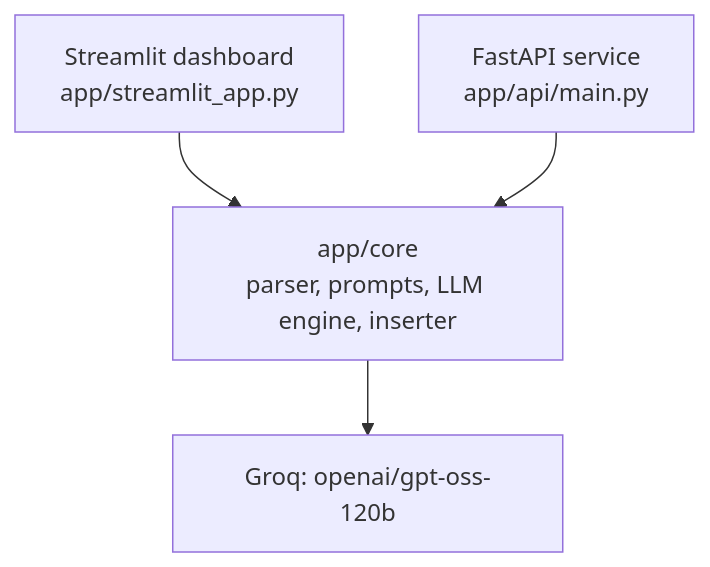
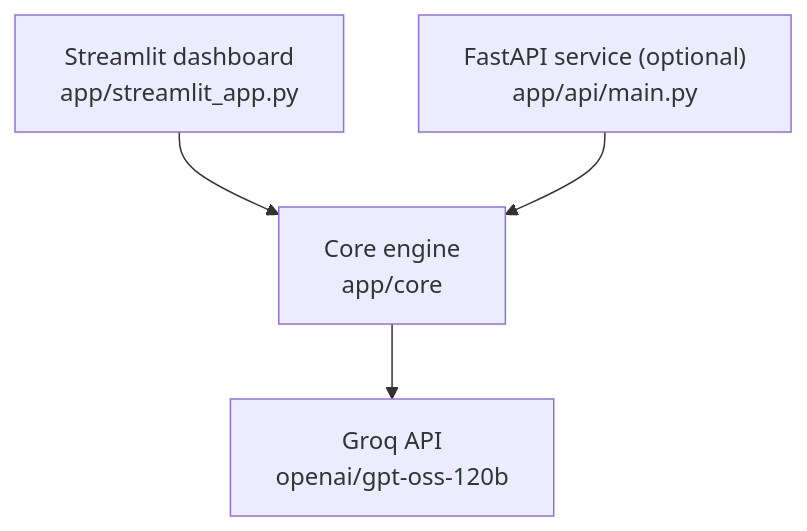
Before and after one commit to Xynash/Automated-Python-Docstring-Generator-T-B: the diagram in README.md, drawn with Mermaid. The commit also changed other lines of this file, not shown here.

````diff
--- a/README.md
+++ b/README.md
@@ -48,6 +58,6 @@
 ```mermaid
 flowchart TD
     UI["Streamlit dashboard<br/>app/streamlit_app.py"] --> CORE
-    API["FastAPI service<br/>app/api/main.py"] --> CORE
-    CORE["app/core<br/>parser, prompts, LLM engine, inserter"] --> LLM["Groq: openai/gpt-oss-120b"]
+    API["FastAPI service (optional)<br/>app/api/main.py"] --> CORE
+    CORE["Core engine<br/>app/core"] --> LLM["Groq API<br/>openai/gpt-oss-120b"]
 ```
````
